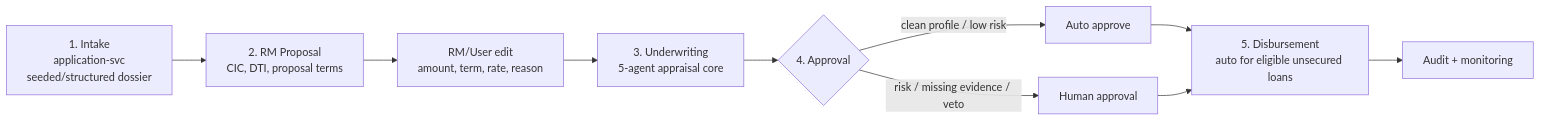
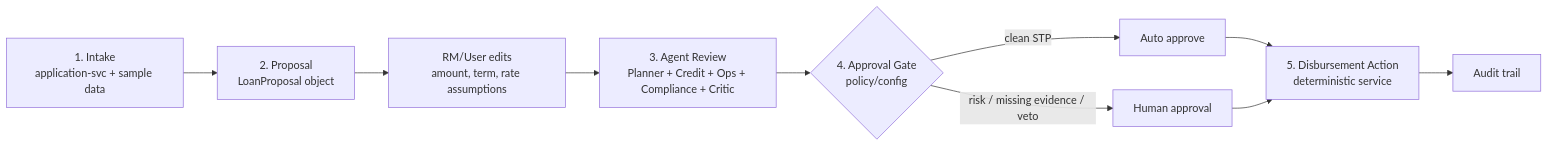
Before and after one commit to Tai-TZ/aulacys: the first of 3 diagrams in docs/LIFECYCLE-MULTI-AGENT-ARCHITECTURE.md, drawn with Mermaid. The commit also changed other lines of this file and 2 other files, not shown here.

Commit message:
docs(agents): clarify five-agent lifecycle

````diff
--- a/docs/LIFECYCLE-MULTI-AGENT-ARCHITECTURE.md
+++ b/docs/LIFECYCLE-MULTI-AGENT-ARCHITECTURE.md
@@ -16,12 +32,12 @@
 ```mermaid
 flowchart LR
-    A["1. Intake<br/>application-svc<br/>seeded/structured dossier"] --> B["2. RM Proposal<br/>CIC, DTI, proposal terms"]
-    B --> C["RM/User edit<br/>amount, term, rate, reason"]
-    C --> D["3. Underwriting<br/>5-agent appraisal core"]
-    D --> E{"4. Approval"}
-    E -->|clean profile / low risk| F["Auto approve"]
-    E -->|risk / missing evidence / veto| G["Human approval"]
-    F --> H["5. Disbursement<br/>auto for eligible unsecured loans"]
-    G --> H
-    H --> I["Audit + monitoring"]
+    A["1. Intake<br/>application-svc + sample data"] --> B["2. Proposal<br/>LoanProposal object"]
+    B --> B2["RM/User edits<br/>amount, term, rate assumptions"]
+    B2 --> C["3. Agent Review<br/>Planner + Credit + Ops + Compliance + Critic"]
+    C --> D{"4. Approval Gate<br/>policy/config"}
+    D -->|clean STP| E["Auto approve"]
+    D -->|risk / missing evidence / veto| H["Human approval"]
+    E --> F["5. Disbursement Action<br/>deterministic service"]
+    H --> F
+    F --> G["Audit trail"]
 ```
````
